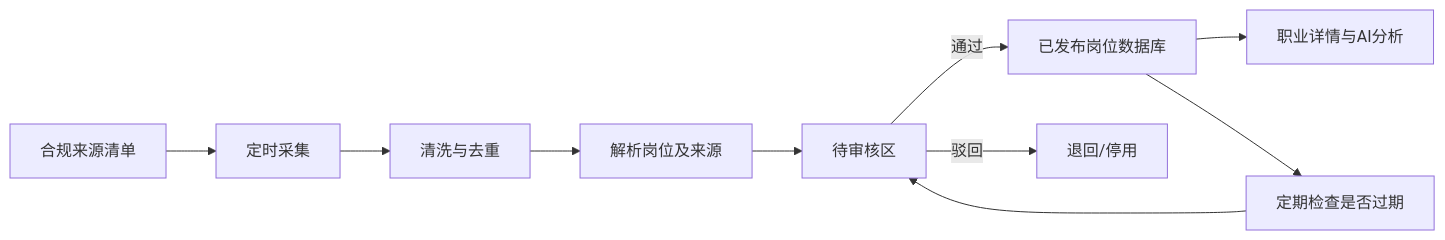
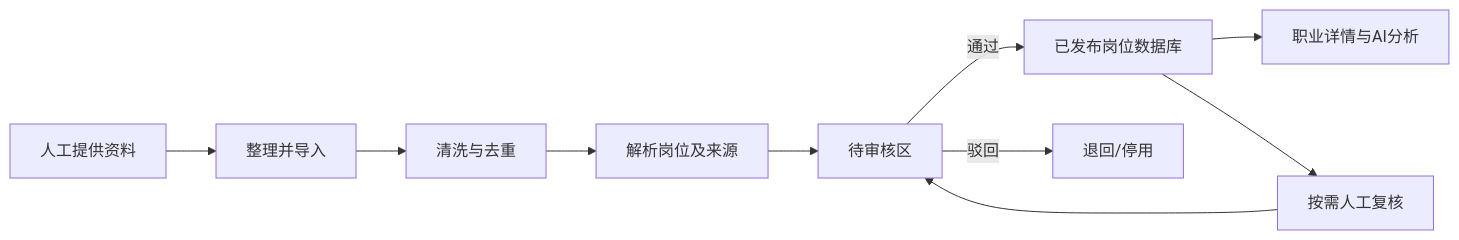
One commit to zhangyue2029-cmd/our_website changed the second of 2 diagrams in docs/去向_PRD_V2.0.md. Above: the diagram before and after it, drawn with Mermaid. The commit also changed other lines of this file and 4 other files, not shown here.

````diff
--- a/docs/去向_PRD_V2.0.md
+++ b/docs/去向_PRD_V2.0.md
@@ -368,12 +367,12 @@
 ```mermaid
 flowchart LR
-  A[合规来源清单] --> B[定时采集]
+  A[人工提供资料] --> B[整理并导入]
   B --> C[清洗与去重]
   C --> D[解析岗位及来源]
   D --> E[待审核区]
   E -->|通过| F[已发布岗位数据库]
   E -->|驳回| G[退回/停用]
   F --> H[职业详情与AI分析]
-  F --> I[定期检查是否过期]
+  F --> I[按需人工复核]
   I --> E
 ```
````
